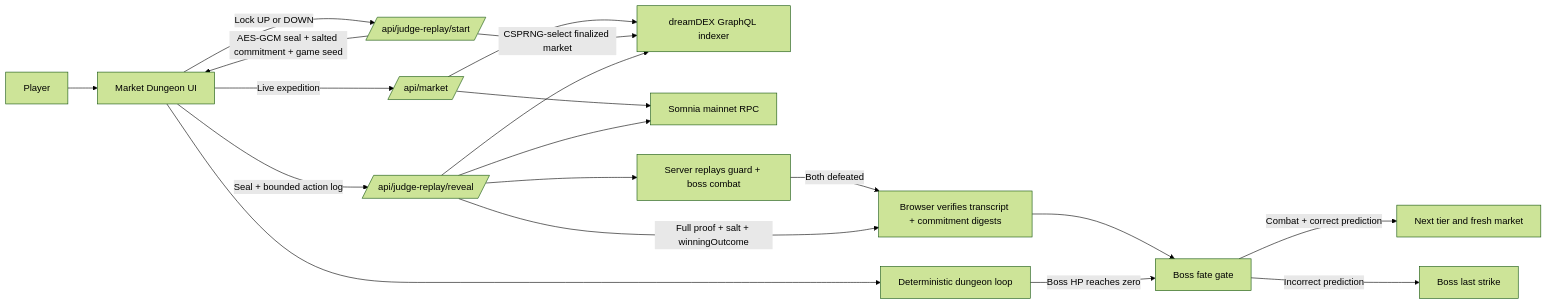
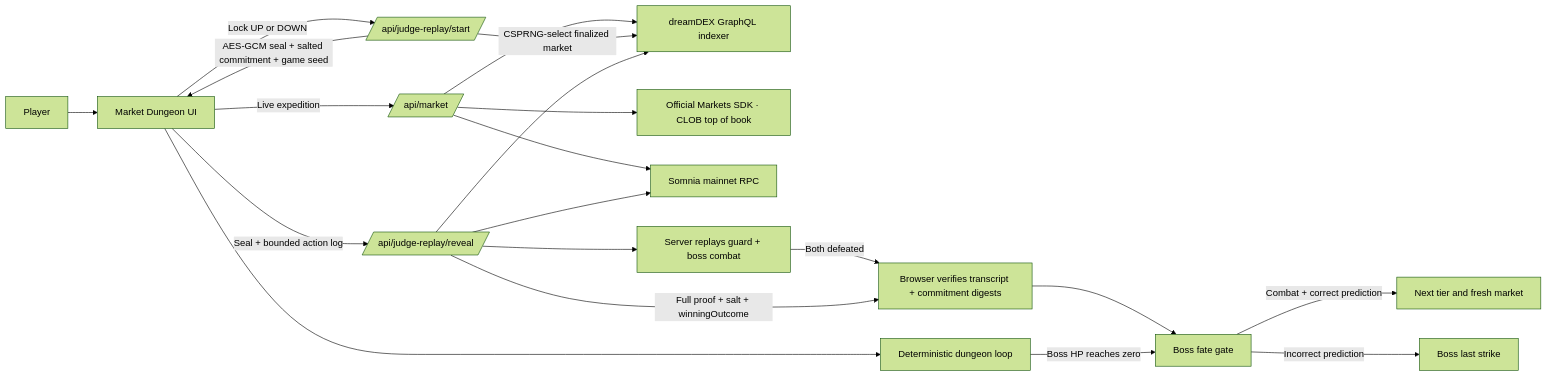
Before and after one commit to CryptoMickle/market-dungeon: the diagram in README.md, drawn with Mermaid (forest theme). The commit also changed other lines of this file and 13 other files, not shown here.

````diff
--- a/README.md
+++ b/README.md
@@ -75,21 +75,22 @@
 ```mermaid
 flowchart LR
     P[Player] --> UI[Market Dungeon UI]
     UI -->|Live expedition| META[/api/market/]
     META --> IDX[dreamDEX GraphQL indexer]
+    META --> SDK[Official Markets SDK · CLOB top of book]
     META --> RPC[Somnia mainnet RPC]
     UI -->|Lock UP or DOWN| START[/api/judge-replay/start/]
     START -->|CSPRNG-select finalized market| IDX
     START -->|AES-GCM seal + salted commitment + game seed| UI
     UI --> LOOP[Deterministic dungeon loop]
     UI -->|Seal + bounded action log| SETTLE[/api/judge-replay/reveal/]
     SETTLE --> COMBAT[Server replays guard + boss combat]
     SETTLE --> IDX
     SETTLE --> RPC
     COMBAT -->|Both defeated| VERIFY[Browser verifies transcript + commitment digests]
     SETTLE -->|Full proof + salt + winningOutcome| VERIFY
     VERIFY --> GATE[Boss fate gate]
     LOOP -->|Boss HP reaches zero| GATE
     GATE -->|Combat + correct prediction| NEXT[Next tier and fresh market]
     GATE -->|Incorrect prediction| LOSS[Boss last strike]
 ```
````
